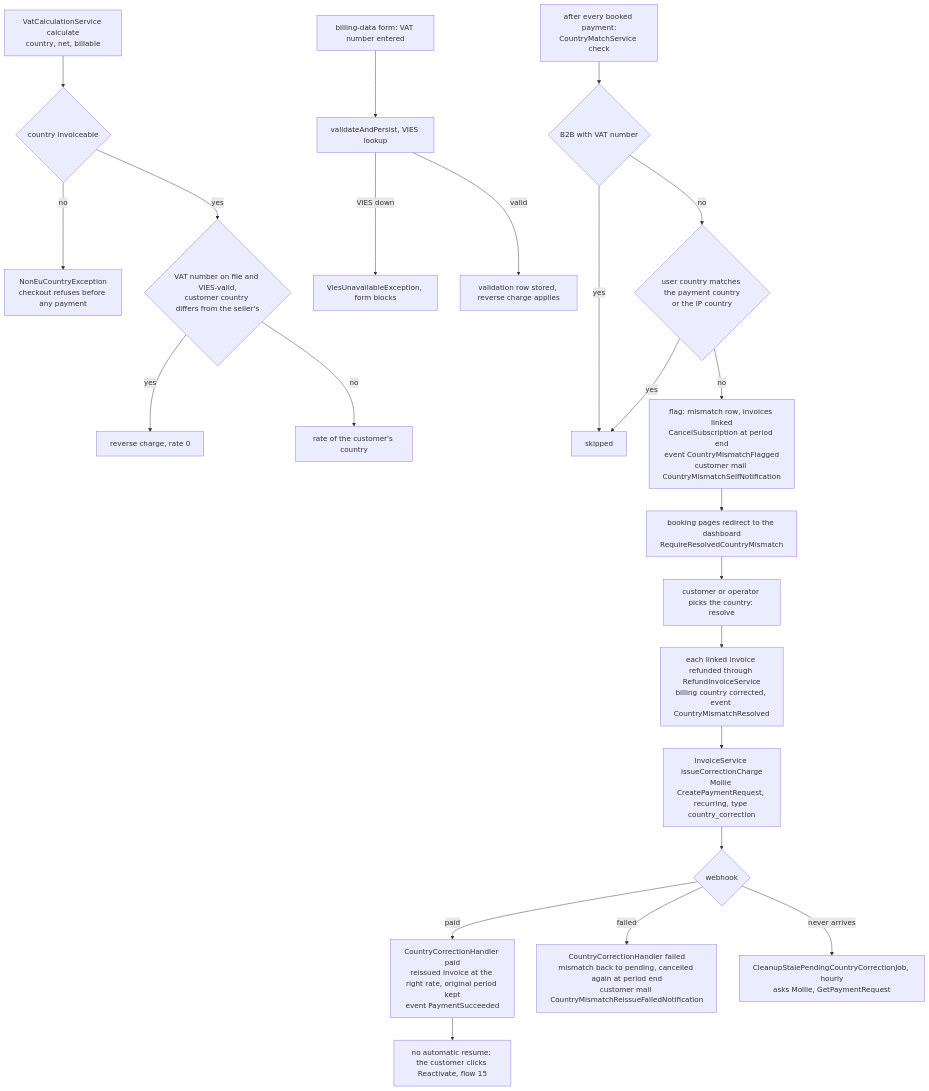
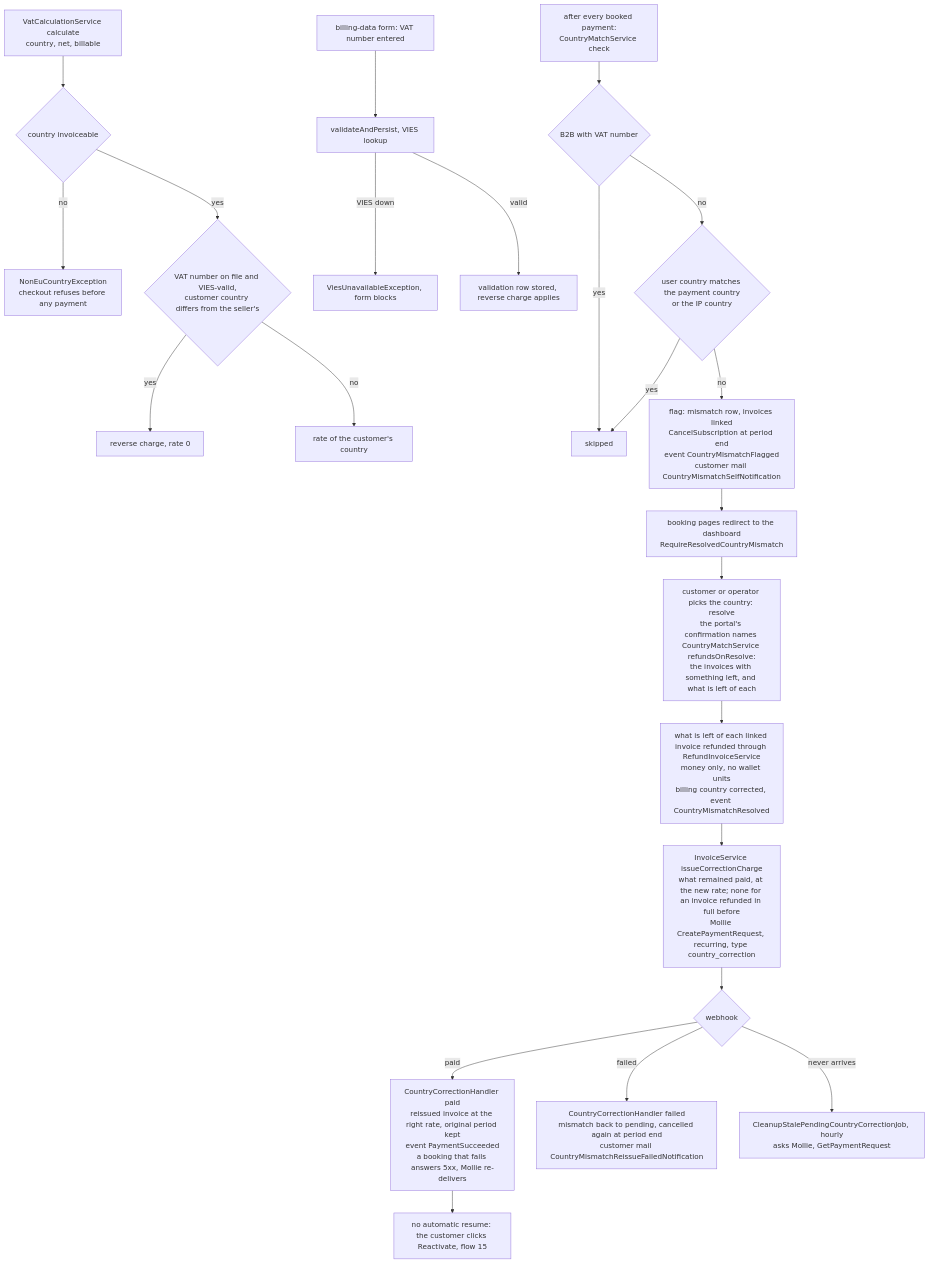
Before and after one commit to GraystackIT/laravel-mollie-billing: diagram 27 of 29 in docs/flows.md, drawn with Mermaid. The commit also changed other lines of this file and 256 other files, not shown here.

````diff
--- a/docs/flows.md
+++ b/docs/flows.md
@@ -1346,25 +1521,25 @@
 ```mermaid
 flowchart TD
     A["VatCalculationService calculate<br/>country, net, billable"] --> B{"country invoiceable"}
     B -->|"no"| C["NonEuCountryException<br/>checkout refuses before any payment"]
     B -->|"yes"| D{"VAT number on file and VIES-valid,<br/>customer country differs from the seller's"}
     D -->|"yes"| E["reverse charge, rate 0"]
     D -->|"no"| F["rate of the customer's country"]
     G["billing-data form: VAT number entered"] --> H["validateAndPersist, VIES lookup"]
     H -->|"VIES down"| I["ViesUnavailableException, form blocks"]
     H -->|"valid"| J["validation row stored, reverse charge applies"]
     K["after every booked payment:<br/>CountryMatchService check"] --> L{"B2B with VAT number"}
     L -->|"yes"| M["skipped"]
     L -->|"no"| N{"user country matches the payment country<br/>or the IP country"}
     N -->|"yes"| M
     N -->|"no"| O["flag: mismatch row, invoices linked<br/>CancelSubscription at period end<br/>event CountryMismatchFlagged<br/>customer mail CountryMismatchSelfNotification"]
     O --> P["booking pages redirect to the dashboard<br/>RequireResolvedCountryMismatch"]
-    P --> Q["customer or operator picks the country: resolve"]
-    Q --> R["each linked invoice refunded through RefundInvoiceService<br/>billing country corrected, event CountryMismatchResolved"]
-    R --> S["InvoiceService issueCorrectionCharge<br/>Mollie CreatePaymentRequest, recurring, type country_correction"]
+    P --> Q["customer or operator picks the country: resolve<br/>the portal's confirmation names CountryMatchService refundsOnResolve:<br/>the invoices with something left, and what is left of each"]
+    Q --> R["what is left of each linked invoice refunded through RefundInvoiceService<br/>money only, no wallet units<br/>billing country corrected, event CountryMismatchResolved"]
+    R --> S["InvoiceService issueCorrectionCharge<br/>what remained paid, at the new rate; none for an invoice refunded in full before<br/>Mollie CreatePaymentRequest, recurring, type country_correction"]
     S --> T{"webhook"}
-    T -->|"paid"| U["CountryCorrectionHandler paid<br/>reissued invoice at the right rate, original period kept<br/>event PaymentSucceeded"]
+    T -->|"paid"| U["CountryCorrectionHandler paid<br/>reissued invoice at the right rate, original period kept<br/>event PaymentSucceeded<br/>a booking that fails answers 5xx, Mollie re-delivers"]
     T -->|"failed"| V["CountryCorrectionHandler failed<br/>mismatch back to pending, cancelled again at period end<br/>customer mail CountryMismatchReissueFailedNotification"]
     T -->|"never arrives"| W["CleanupStalePendingCountryCorrectionJob, hourly<br/>asks Mollie, GetPaymentRequest"]
     U --> X["no automatic resume: the customer clicks Reactivate, flow 15"]
 ```
````
